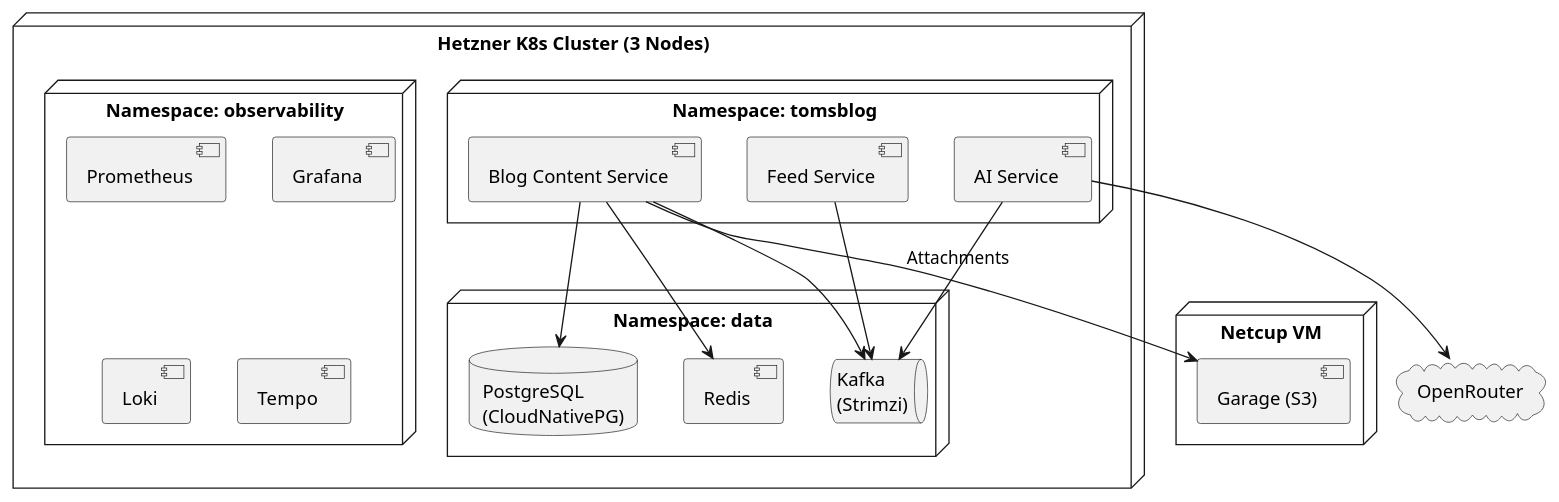
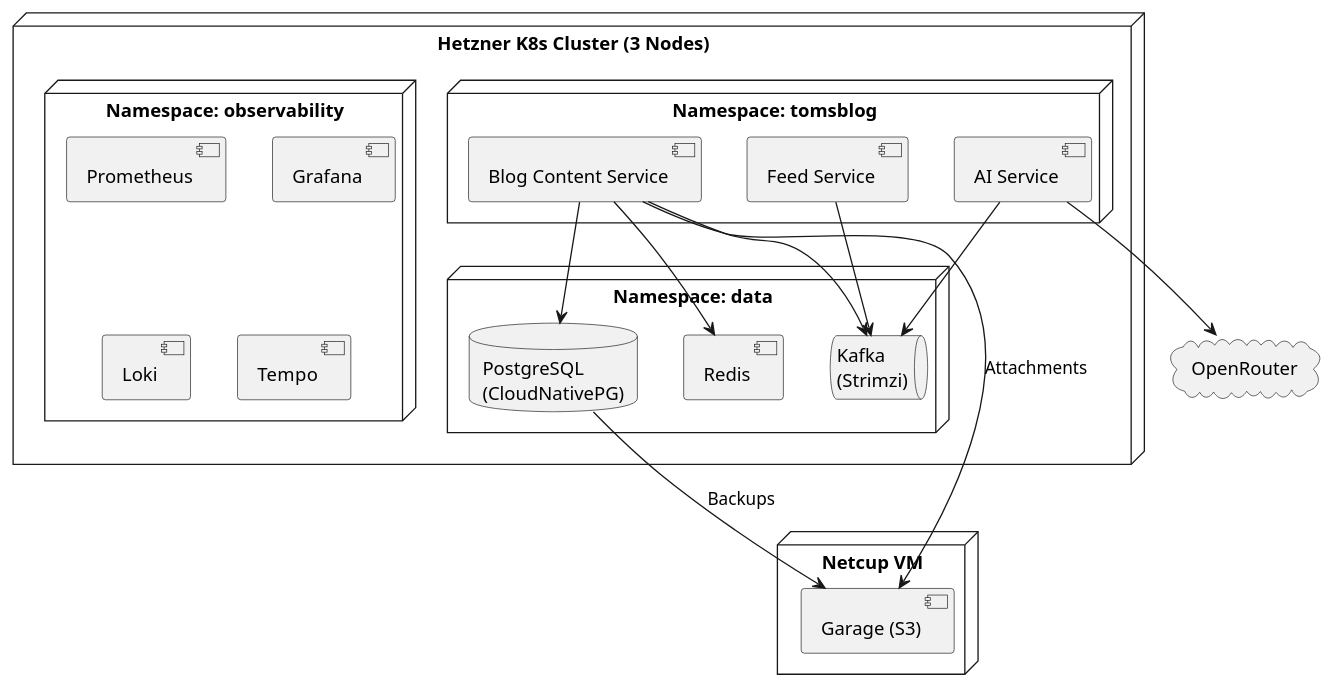
Before and after one commit to tomirgang/tomsblog: the diagram in docs/arc42/modules/ROOT/partials/plantuml/deployment.puml, drawn with PlantUML. The commit also changed 3 other files, not shown here.

```diff
--- a/docs/arc42/modules/ROOT/partials/plantuml/deployment.puml
+++ b/docs/arc42/modules/ROOT/partials/plantuml/deployment.puml
@@ -1,36 +1,37 @@
 @startuml deployment
 node "Hetzner K8s Cluster (3 Nodes)" {
   node "Namespace: tomsblog" {
     [Blog Content Service] as blog
     [Feed Service] as feed
     [AI Service] as ai
   }
 
   node "Namespace: data" {
     database "PostgreSQL\n(CloudNativePG)" as db
     [Redis] as redis
     queue "Kafka\n(Strimzi)" as kafka
   }
 
   node "Namespace: observability" {
     [Prometheus] as prom
     [Grafana] as grafana
     [Loki] as loki
     [Tempo] as tempo
   }
 }
 
 node "Netcup VM" {
   [Garage (S3)] as s3
 }
 
 cloud "OpenRouter" as openrouter
 
 blog --> db
 blog --> kafka
 blog --> redis
 feed --> kafka
 ai --> kafka
 ai --> openrouter
 blog --> s3 : Attachments
+db --> s3 : Backups
 @enduml
```
